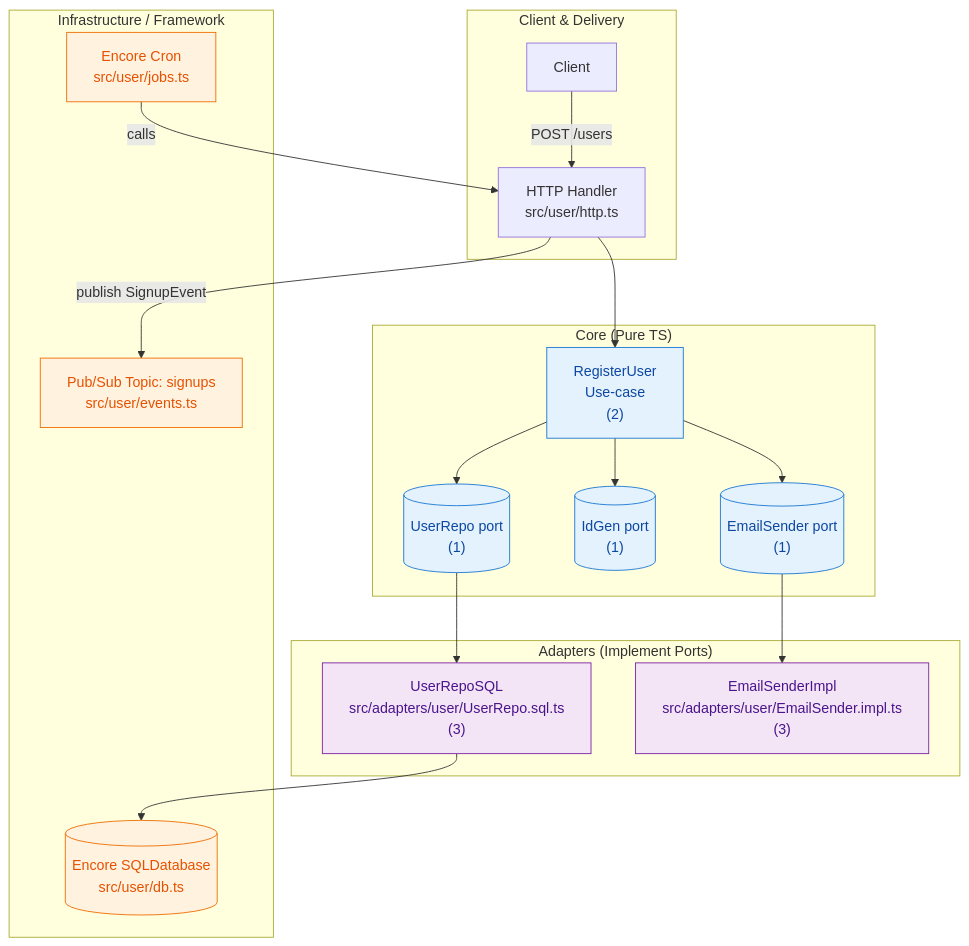
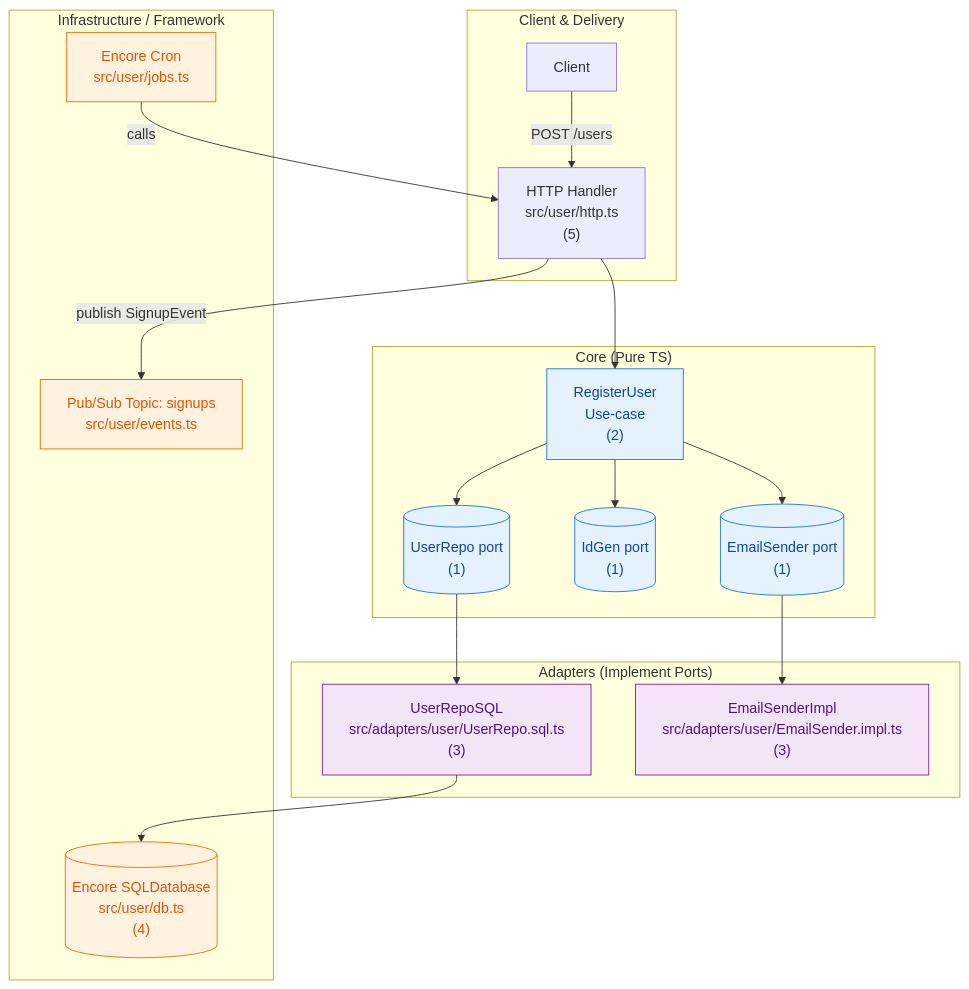
One commit to luxeave/clean-pattern changed the first of 2 diagrams in PATTERN.md. Above: the diagram before and after it, drawn with Mermaid.

Commit message:
labeled delivery wiring (http)

````diff
--- a/PATTERN.md
+++ b/PATTERN.md
@@ -16,43 +16,43 @@
 ```mermaid
 graph TD
   subgraph "Client & Delivery"
     C[Client]
-    H["HTTP Handler<br/>src/user/http.ts"]
+    H["HTTP Handler<br/>src/user/http.ts<br/>(5)"]
   end
 
   subgraph "Core (Pure TS)"
     UC["RegisterUser<br/>Use-case<br/>(2)"]
     PortRepo[("UserRepo port<br/>(1)")]
     PortId[("IdGen port<br/>(1)")]
     PortMail[("EmailSender port<br/>(1)")]
   end
 
   subgraph "Adapters (Implement Ports)"
     AR["UserRepoSQL<br/>src/adapters/user/UserRepo.sql.ts<br/>(3)"]
     AM["EmailSenderImpl<br/>src/adapters/user/EmailSender.impl.ts<br/>(3)"]
   end
 
   subgraph "Infrastructure / Framework"
-    DB[("Encore SQLDatabase<br/>src/user/db.ts")]
+    DB[("Encore SQLDatabase<br/>src/user/db.ts<br/>(4)")]
     PS["Pub/Sub Topic: signups<br/>src/user/events.ts"]
     Cron["Encore Cron<br/>src/user/jobs.ts"]
   end
 
   C -->|"POST /users"| H
   H --> UC
   UC --> PortRepo
   UC --> PortId
   UC --> PortMail
   PortRepo --> AR
   AR --> DB
   PortMail --> AM
   H -->|"publish SignupEvent"| PS
   Cron -->|"calls"| H
 
   classDef core fill:#e3f2fd,stroke:#1976d2,color:#0d47a1
   classDef adapter fill:#f3e5f5,stroke:#7b1fa2,color:#4a148c
   classDef infra fill:#fff3e0,stroke:#ef6c00,color:#e65100
   class UC,PortRepo,PortId,PortMail core
   class AR,AM adapter
   class DB,PS,Cron infra
 ```
````
